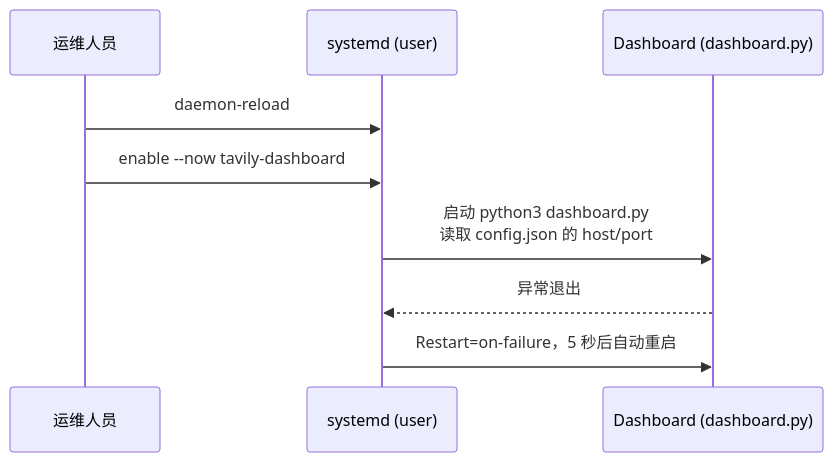
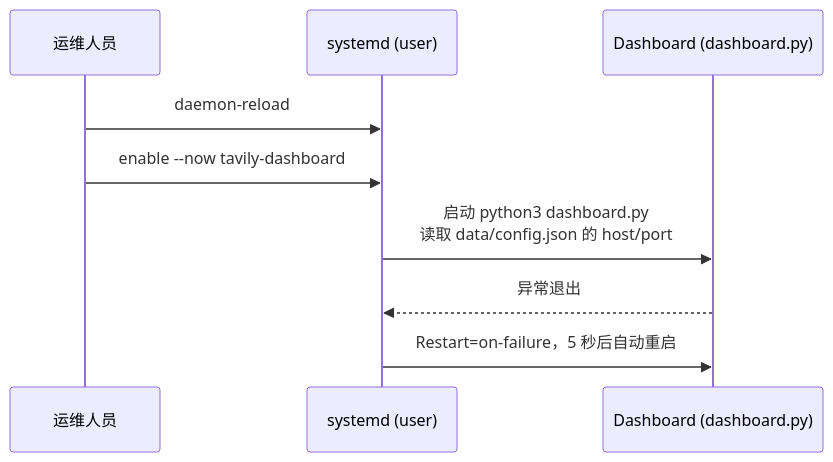
Before and after one commit to zylyes/tavily-key: the second of 2 diagrams in docs/wiki/部署运维/部署运维.md, drawn with Mermaid. The commit also changed other lines of this file and 42 other files, not shown here.

````diff
--- a/docs/wiki/部署运维/部署运维.md
+++ b/docs/wiki/部署运维/部署运维.md
@@ -180,11 +180,11 @@
 ```mermaid
 sequenceDiagram
     participant O as 运维人员
     participant S as systemd (user)
     participant D as Dashboard (dashboard.py)
     O->>S: daemon-reload
     O->>S: enable --now tavily-dashboard
-    S->>D: 启动 python3 dashboard.py<br/>读取 config.json 的 host/port
+    S->>D: 启动 python3 dashboard.py<br/>读取 data/config.json 的 host/port
     D-->>S: 异常退出
     S->>D: Restart=on-failure，5 秒后自动重启
 ```
````
